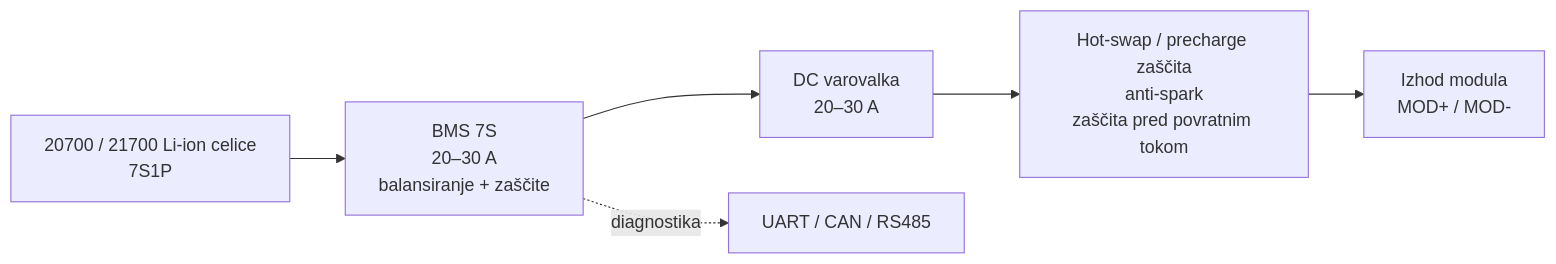
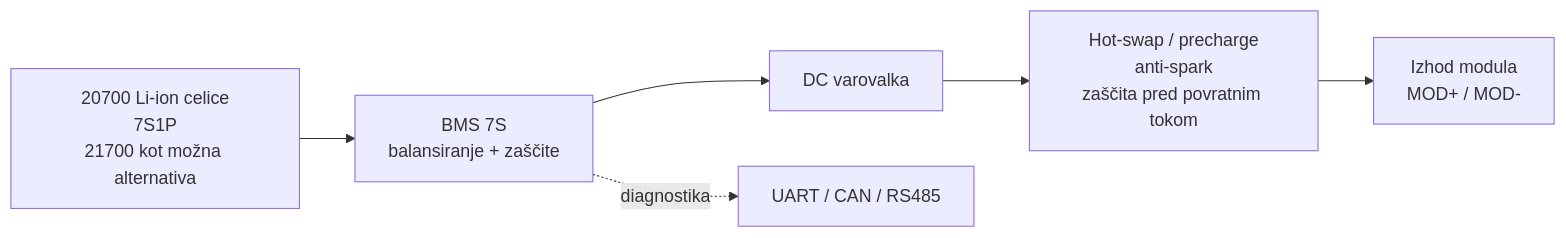
The second of 2 diagrams in battery_module/battery_module_flowchart.md (kocod32/FarmBeast-BatteryModule), drawn with Mermaid before and after one commit. The commit also changed other lines of this file and 2 other files, not shown here.

````diff
--- a/battery_module/battery_module_flowchart.md
+++ b/battery_module/battery_module_flowchart.md
@@ -53,17 +45,16 @@
 ```mermaid
 flowchart LR
 
-    CELLS["20700 / 21700 Li-ion celice<br/>7S1P"]
-    BMS["BMS 7S<br/>20–30 A<br/>balansiranje + zaščite"]
-    FUSE["DC varovalka<br/>20–30 A"]
-    HOTSWAP["Hot-swap / precharge zaščita<br/>anti-spark<br/>zaščita pred povratnim tokom"]
+    CELLS["20700 Li-ion celice<br/>7S1P<br/>21700 kot možna alternativa"]
+    BMS["BMS 7S<br/>balansiranje + zaščite"]
+    FUSE["DC varovalka"]
+    HOTSWAP["Hot-swap / precharge<br/>anti-spark<br/>zaščita pred povratnim tokom"]
     OUT["Izhod modula<br/>MOD+ / MOD-"]
 
     CELLS --> BMS
     BMS --> FUSE
     FUSE --> HOTSWAP
     HOTSWAP --> OUT
 
     BMS -. diagnostika .-> DIAG["UART / CAN / RS485"]
-
 ```
````
